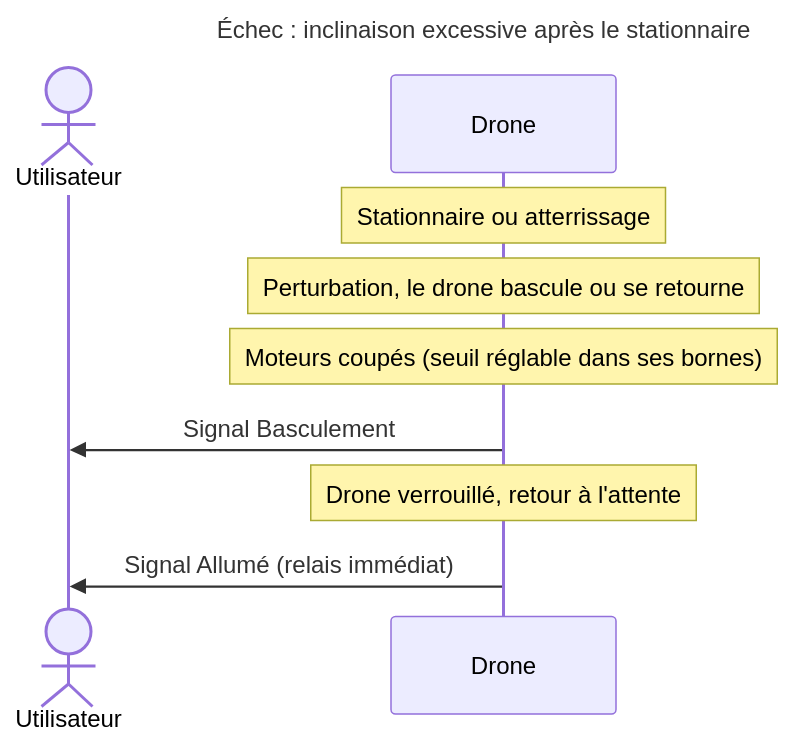
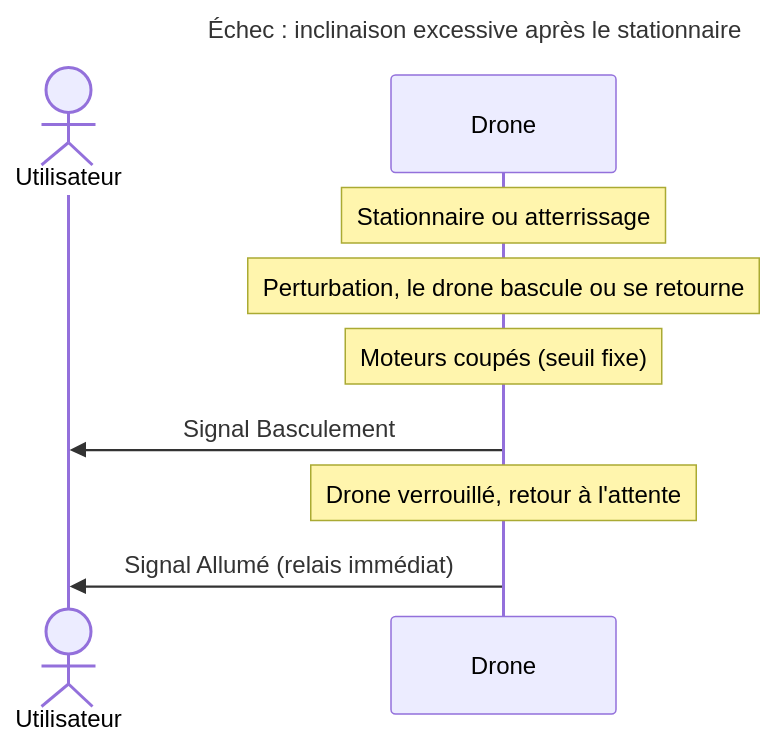
Before and after one commit to thourymatthieu-png/coworker_archi_system: the tenth of 16 diagrams in projets/boomrone/00-scenarios.md, drawn with Mermaid. The commit also changed other lines of this file and 11 other files, not shown here.

````diff
--- a/projets/boomrone/00-scenarios.md
+++ b/projets/boomrone/00-scenarios.md
@@ -690,14 +688,14 @@
 ```mermaid
 ---
 title: "Échec : inclinaison excessive après le stationnaire"
 ---
 sequenceDiagram
     actor U as Utilisateur
     participant D as Drone
     Note over D: Stationnaire ou atterrissage
     Note over D: Perturbation, le drone bascule ou se retourne
-    Note over D: Moteurs coupés (seuil réglable dans ses bornes)
+    Note over D: Moteurs coupés (seuil fixe)
     D->>U: Signal Basculement
     Note over D: Drone verrouillé, retour à l'attente
     D->>U: Signal Allumé (relais immédiat)
 ```
````
